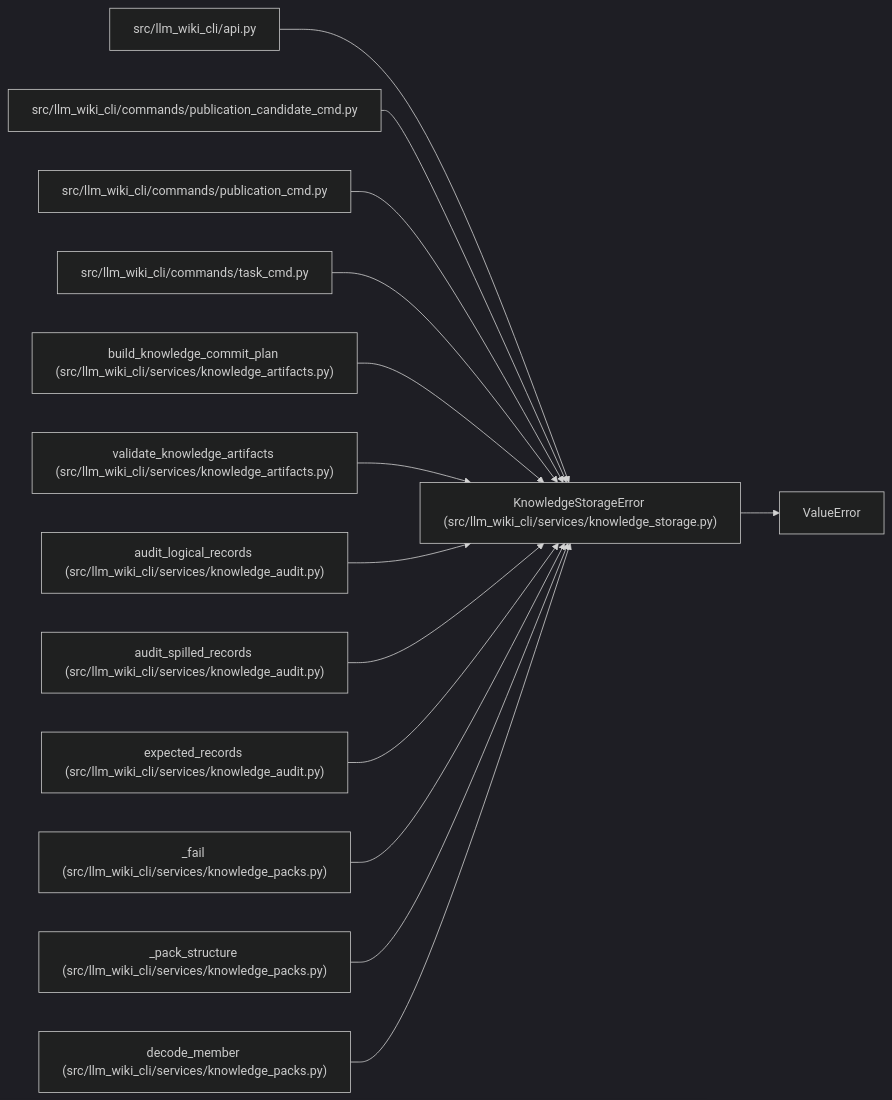
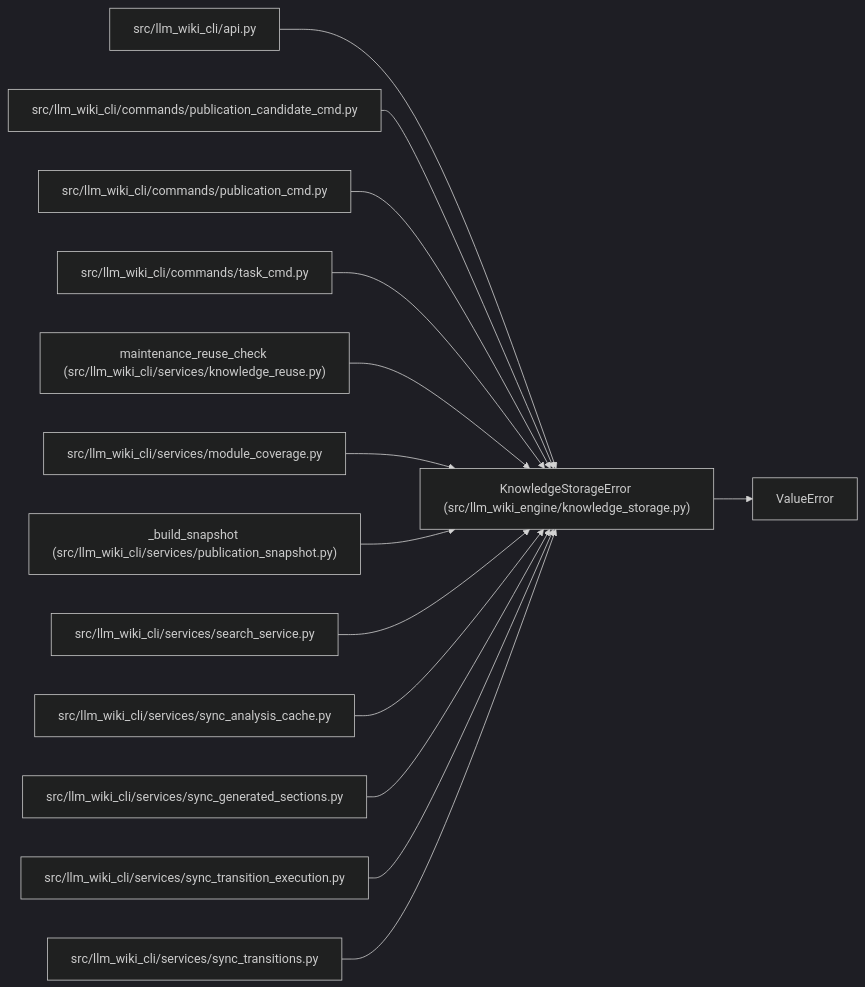
One commit to Denissvgn/python-wiki-llm changed the diagram in docs/llm_wiki/entities/KnowledgeStorageError.md. Above: the diagram before and after it, drawn with Mermaid (dark theme). The commit also changed other lines of this file and 1058 other files, not shown here.

First line of the commit message:
docs: refresh the wiki for the knowledge store move

````diff
--- a/docs/llm_wiki/entities/KnowledgeStorageError.md
+++ b/docs/llm_wiki/entities/KnowledgeStorageError.md
@@ -25,43 +25,43 @@
 ```mermaid
 flowchart LR
-    n0["KnowledgeStorageError (src/llm_wiki_cli/services/knowledge_storage.py)"]
+    n0["KnowledgeStorageError (src/llm_wiki_engine/knowledge_storage.py)"]
     n1["ValueError"]
     n2["src/llm_wiki_cli/api.py"]
     n3["src/llm_wiki_cli/commands/publication_candidate_cmd.py"]
     n4["src/llm_wiki_cli/commands/publication_cmd.py"]
     n5["src/llm_wiki_cli/commands/task_cmd.py"]
-    n6["build_knowledge_commit_plan (src/llm_wiki_cli/services/knowledge_artifacts.py)"]
-    n7["validate_knowledge_artifacts (src/llm_wiki_cli/services/knowledge_artifacts.py)"]
-    n8["audit_logical_records (src/llm_wiki_cli/services/knowledge_audit.py)"]
-    n9["audit_spilled_records (src/llm_wiki_cli/services/knowledge_audit.py)"]
-    n10["expected_records (src/llm_wiki_cli/services/knowledge_audit.py)"]
-    n11["_fail (src/llm_wiki_cli/services/knowledge_packs.py)"]
-    n12["_pack_structure (src/llm_wiki_cli/services/knowledge_packs.py)"]
-    n13["decode_member (src/llm_wiki_cli/services/knowledge_packs.py)"]
+    n6["maintenance_reuse_check (src/llm_wiki_cli/services/knowledge_reuse.py)"]
+    n7["src/llm_wiki_cli/services/module_coverage.py"]
+    n8["_build_snapshot (src/llm_wiki_cli/services/publication_snapshot.py)"]
+    n9["src/llm_wiki_cli/services/search_service.py"]
+    n10["src/llm_wiki_cli/services/sync_analysis_cache.py"]
+    n11["src/llm_wiki_cli/services/sync_generated_sections.py"]
+    n12["src/llm_wiki_cli/services/sync_transition_execution.py"]
+    n13["src/llm_wiki_cli/services/sync_transitions.py"]
     n0 --> n1
     n2 --> n0
     n3 --> n0
     n4 --> n0
     n5 --> n0
     n6 --> n0
     n7 --> n0
     n8 --> n0
     n9 --> n0
     n10 --> n0
     n11 --> n0
     n12 --> n0
     n13 --> n0
     click n0 "../modules/knowledge_storage.md"
     click n2 "../modules/api.md"
     click n3 "../modules/publication_candidate_cmd.md"
     click n4 "../modules/publication_cmd.md"
     click n5 "../modules/task_cmd.md"
-    click n6 "../modules/knowledge_artifacts.md"
-    click n7 "../modules/knowledge_artifacts.md"
-    click n8 "../modules/knowledge_audit.md"
-    click n9 "../modules/knowledge_audit.md"
-    click n10 "../modules/knowledge_audit.md"
-    click n11 "../modules/knowledge_packs.md"
-    click n12 "../modules/knowledge_packs.md"
-    click n13 "../modules/knowledge_packs.md"
+    click n6 "../modules/knowledge_reuse.md"
+    click n7 "../modules/module_coverage.md"
+    click n8 "../modules/publication_snapshot.md"
+    click n9 "../modules/search_service.md"
+    click n10 "../modules/sync_analysis_cache.md"
+    click n11 "../modules/sync_generated_sections.md"
+    click n12 "../modules/sync_transition_execution.md"
+    click n13 "../modules/sync_transitions.md"
 ```
````
